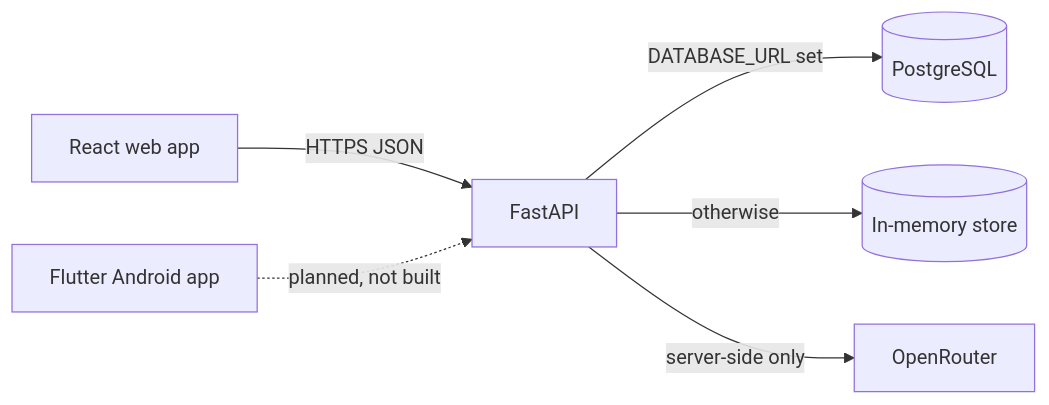
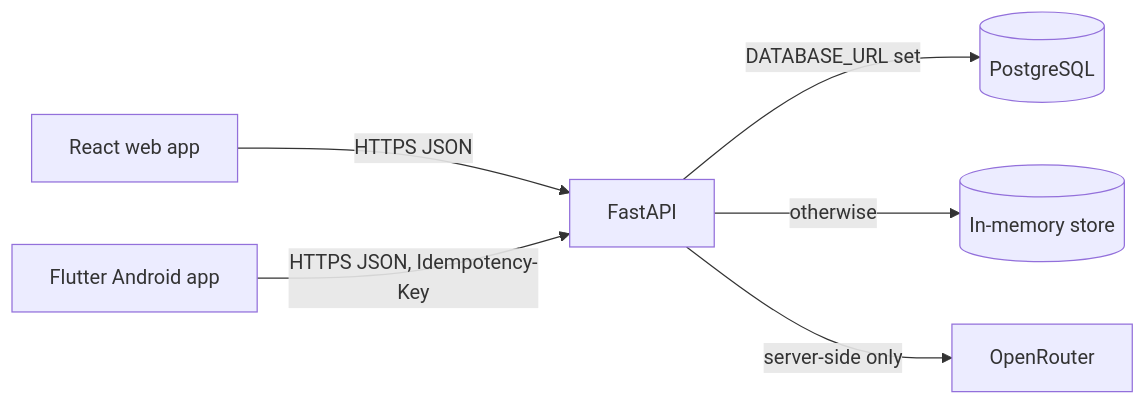
One commit to Root-node1/safe-signal changed the diagram in docs/ARCHITECTURE.md. Above: the diagram before and after it, drawn with Mermaid. The commit also changed other lines of this file and 21 other files, not shown here.

Commit message:
feat(mobile): integrate FastAPI reporting with retry safety

````diff
--- a/docs/ARCHITECTURE.md
+++ b/docs/ARCHITECTURE.md
@@ -13,8 +13,8 @@
 ```mermaid
 flowchart LR
   Web[React web app] -->|HTTPS JSON| API[FastAPI]
-  Mobile[Flutter Android app] -.->|planned, not built| API
+  Mobile[Flutter Android app] -->|HTTPS JSON, Idempotency-Key| API
   API -->|DATABASE_URL set| PG[(PostgreSQL)]
   API -->|otherwise| Mem[(In-memory store)]
   API -->|server-side only| OR[OpenRouter]
 ```
````
